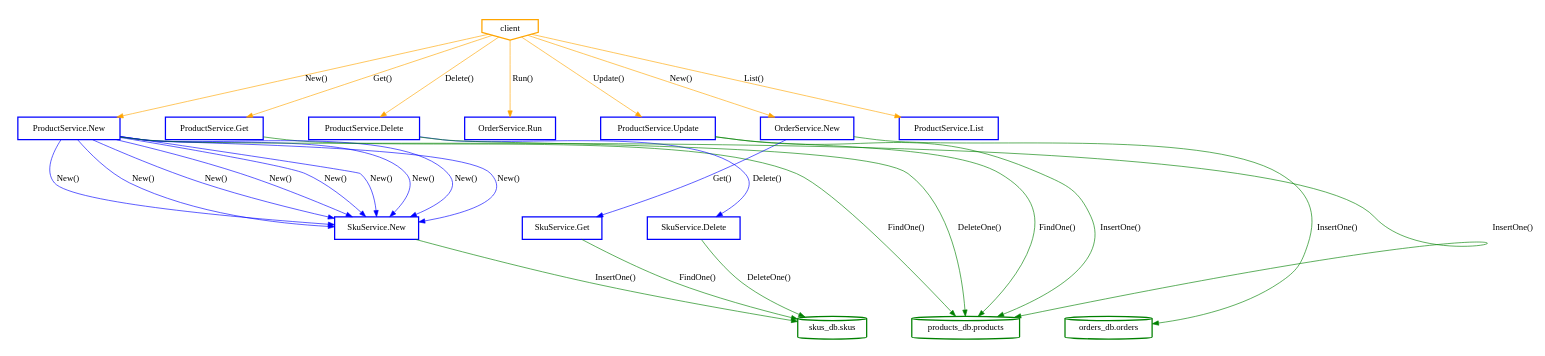
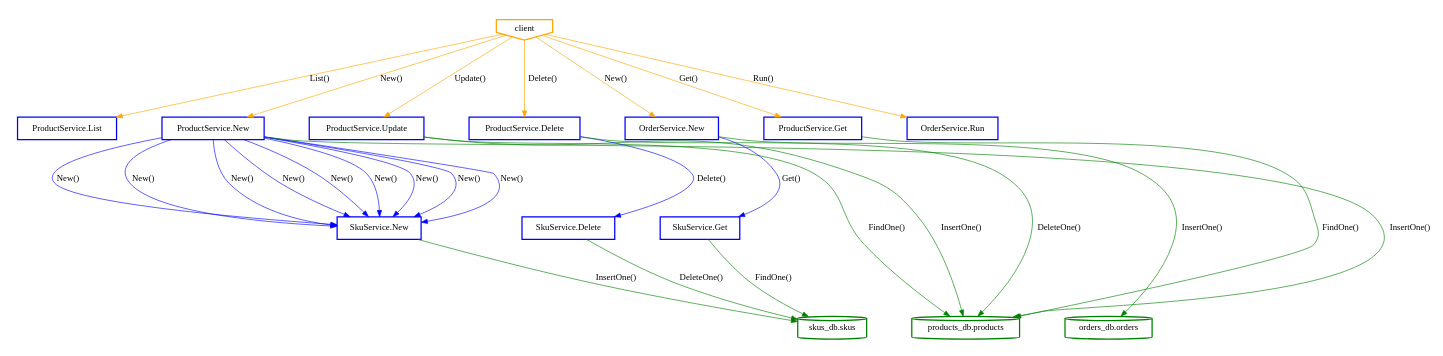
Before and after one commit to aletheia-microservices/aletheia: the diagram in ssa_analysis/analyzer/output/digota/abstractcallgraph.dot, drawn with Graphviz. The commit also changed other lines of this file and 77 other files, not shown here.

```diff
--- a/ssa_analysis/analyzer/output/digota/abstractcallgraph.dot
+++ b/ssa_analysis/analyzer/output/digota/abstractcallgraph.dot
@@ -1,55 +1,55 @@
 digraph G {
 	rankdir=TD;
 	ranksep=1.5;
 	nodesep=1;
 	subgraph cluster_clients {
 		style=invis;
 		N_client [label="client", style=bold, shape=invhouse, color="orange"];
 	}
 	subgraph cluster_services {
 		style=invis;
 		N_SkuService_New [label="SkuService.New", style=bold, shape=box, color="blue"];
-		N_ProductService_Get [label="ProductService.Get", style=bold, shape=box, color="blue"];
+		N_ProductService_List [label="ProductService.List", style=bold, shape=box, color="blue"];
+		N_ProductService_Update [label="ProductService.Update", style=bold, shape=box, color="blue"];
 		N_ProductService_Delete [label="ProductService.Delete", style=bold, shape=box, color="blue"];
-		N_OrderService_Run [label="OrderService.Run", style=bold, shape=box, color="blue"];
-		N_ProductService_Update [label="ProductService.Update", style=bold, shape=box, color="blue"];
+		N_SkuService_Delete [label="SkuService.Delete", style=bold, shape=box, color="blue"];
 		N_OrderService_New [label="OrderService.New", style=bold, shape=box, color="blue"];
 		N_SkuService_Get [label="SkuService.Get", style=bold, shape=box, color="blue"];
-		N_ProductService_List [label="ProductService.List", style=bold, shape=box, color="blue"];
-		N_SkuService_Delete [label="SkuService.Delete", style=bold, shape=box, color="blue"];
+		N_ProductService_Get [label="ProductService.Get", style=bold, shape=box, color="blue"];
+		N_OrderService_Run [label="OrderService.Run", style=bold, shape=box, color="blue"];
 		N_ProductService_New [label="ProductService.New", style=bold, shape=box, color="blue"];
 	}
 	subgraph cluster_databases {
 		style=invis;
-		N_products_db_products [label="products_db.products", style=bold, shape=cylinder, color="green"];
 		N_orders_db_orders [label="orders_db.orders", style=bold, shape=cylinder, color="green"];
 		N_skus_db_skus [label="skus_db.skus", style=bold, shape=cylinder, color="green"];
+		N_products_db_products [label="products_db.products", style=bold, shape=cylinder, color="green"];
 	}
 	N_client -> N_OrderService_New [label="New()", color=orange];
 	N_OrderService_New -> N_SkuService_Get [label="Get()", color=blue];
 	N_OrderService_New -> N_orders_db_orders [label="InsertOne()", color=green];
 	N_SkuService_Get -> N_skus_db_skus [label="FindOne()", color=green];
 	N_client -> N_OrderService_Run [label="Run()", color=orange];
 	N_client -> N_ProductService_New [label="New()", color=orange];
 	N_ProductService_New -> N_SkuService_New [label="New()", color=blue];
 	N_ProductService_New -> N_SkuService_New [label="New()", color=blue];
 	N_ProductService_New -> N_SkuService_New [label="New()", color=blue];
 	N_ProductService_New -> N_SkuService_New [label="New()", color=blue];
 	N_ProductService_New -> N_SkuService_New [label="New()", color=blue];
 	N_ProductService_New -> N_SkuService_New [label="New()", color=blue];
 	N_ProductService_New -> N_SkuService_New [label="New()", color=blue];
 	N_ProductService_New -> N_SkuService_New [label="New()", color=blue];
 	N_ProductService_New -> N_products_db_products [label="InsertOne()", color=green];
 	N_ProductService_New -> N_SkuService_New [label="New()", color=blue];
 	N_SkuService_New -> N_skus_db_skus [label="InsertOne()", color=green];
 	N_client -> N_ProductService_Get [label="Get()", color=orange];
 	N_ProductService_Get -> N_products_db_products [label="FindOne()", color=green];
 	N_client -> N_ProductService_List [label="List()", color=orange];
 	N_client -> N_ProductService_Update [label="Update()", color=orange];
 	N_ProductService_Update -> N_products_db_products [label="FindOne()", color=green];
 	N_ProductService_Update -> N_products_db_products [label="InsertOne()", color=green];
 	N_client -> N_ProductService_Delete [label="Delete()", color=orange];
 	N_ProductService_Delete -> N_products_db_products [label="DeleteOne()", color=green];
 	N_ProductService_Delete -> N_SkuService_Delete [label="Delete()", color=blue];
 	N_SkuService_Delete -> N_skus_db_skus [label="DeleteOne()", color=green];
 }
```
